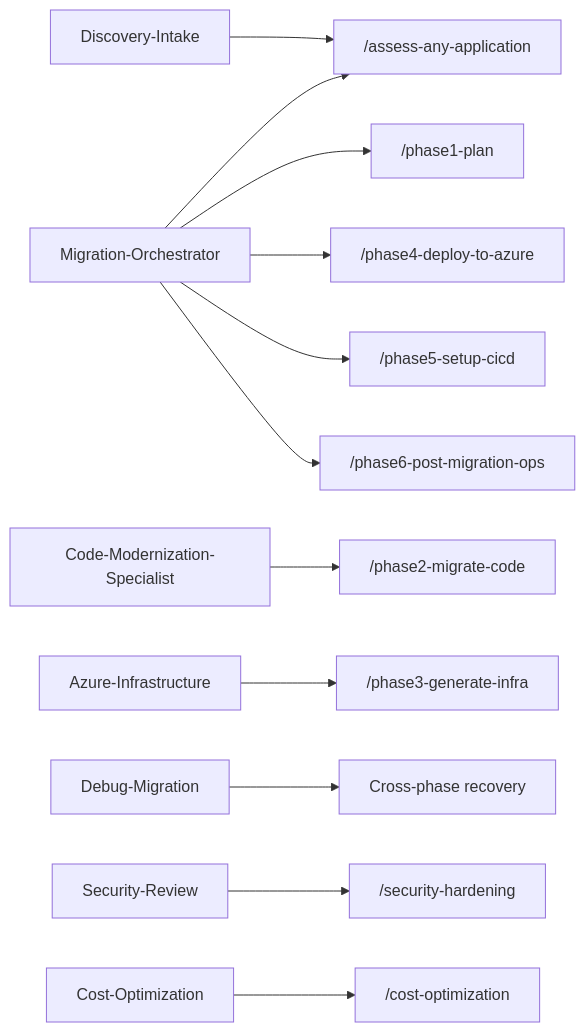
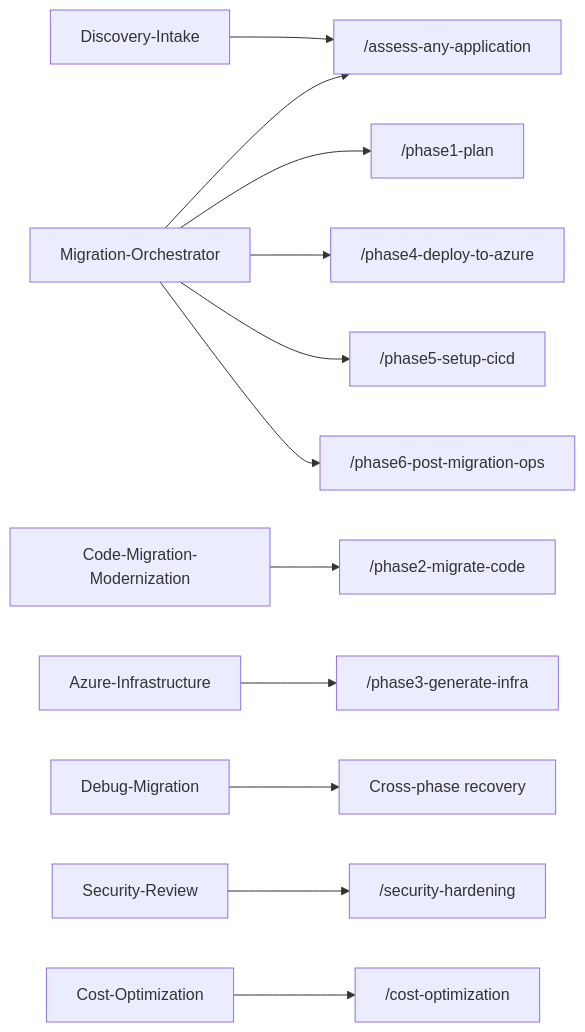
Before and after one commit to RobertoBorges/GHCP-PromptMigration: the sixth of 7 diagrams in docs/architecture/ARCHITECTURE.md, drawn with Mermaid. The commit also changed other lines of this file and 46 other files, not shown here.

First line of the commit message:
refactor(agents): merge the Phase 2 specialist away and drop heist theming

````diff
--- a/docs/architecture/ARCHITECTURE.md
+++ b/docs/architecture/ARCHITECTURE.md
@@ -434,14 +432,14 @@
 ```mermaid
 graph LR
     CM0[Migration-Orchestrator] --> P0["/assess-any-application"]
     CM0 --> P1["/phase1-plan"]
     CMD[Discovery-Intake] --> P0
-    CM1[Code-Modernization-Specialist] --> P2["/phase2-migrate-code"]
+    CM1[Code-Migration-Modernization] --> P2["/phase2-migrate-code"]
     CM2[Azure-Infrastructure] --> P3["/phase3-generate-infra"]
     CM0 --> P4["/phase4-deploy-to-azure"]
     CM0 --> P5["/phase5-setup-cicd"]
     CM0 --> P6["/phase6-post-migration-ops"]
     CM3[Debug-Migration] --> PX[Cross-phase recovery]
     CM4[Security-Review] --> PS["/security-hardening"]
     CM5[Cost-Optimization] --> PC["/cost-optimization"]
 ```
````
